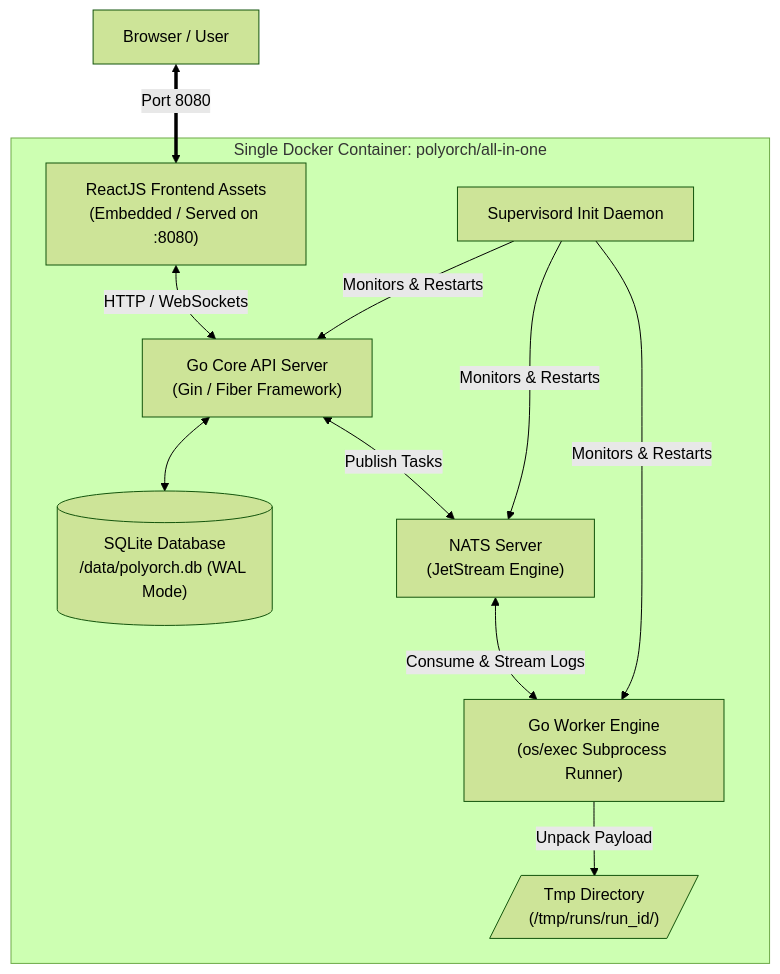
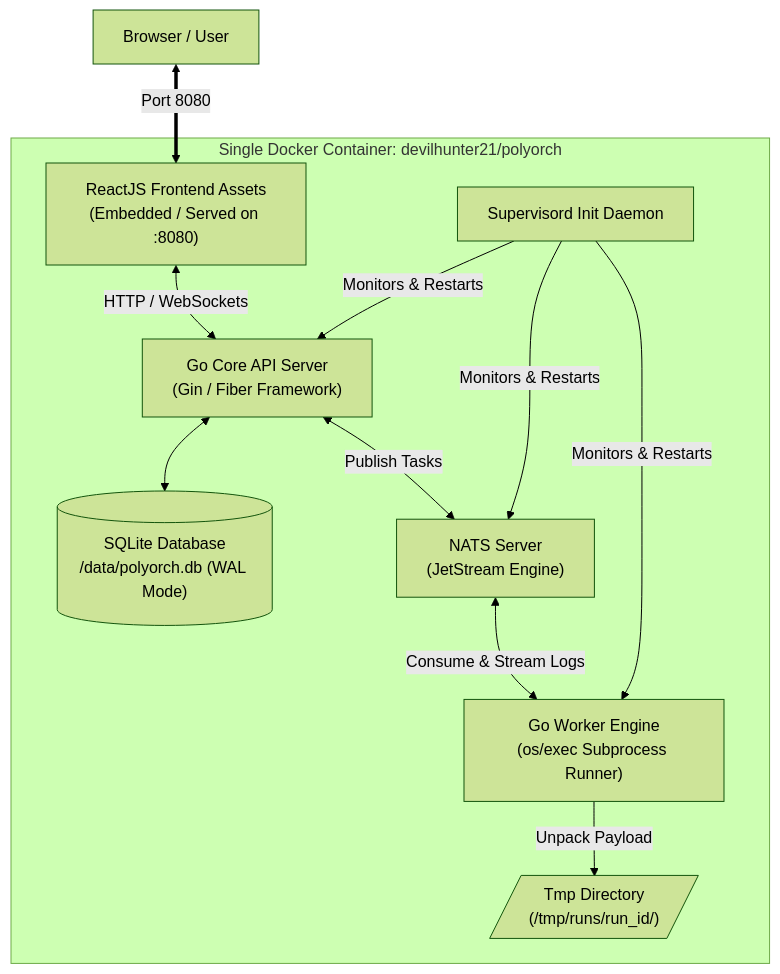
Before and after one commit to nimish-nirmal/polyorch: the first of 2 diagrams in FLOWDIAGRAM.md, drawn with Mermaid (forest theme). The commit also changed 8 other files, not shown here.

````diff
--- a/FLOWDIAGRAM.md
+++ b/FLOWDIAGRAM.md
@@ -7,19 +7,19 @@
 ```mermaid
 flowchart TD
-    subgraph Container ["Single Docker Container: polyorch/all-in-one"]
+    subgraph Container ["Single Docker Container: devilhunter21/polyorch"]
         UI["ReactJS Frontend Assets<br/>(Embedded / Served on :8080)"] <-->|HTTP / WebSockets| API["Go Core API Server<br/>(Gin / Fiber Framework)"]
         
         API <--> DB[("SQLite Database<br/>/data/polyorch.db (WAL Mode)")]
         API <-->|Publish Tasks| NATS["NATS Server<br/>(JetStream Engine)"]
         
         NATS <-->|Consume & Stream Logs| Worker["Go Worker Engine<br/>(os/exec Subprocess Runner)"]
         
         Worker -->|Unpack Payload| Temp[/"Tmp Directory<br/>(/tmp/runs/run_id/)"/]
         
         ProcessManager["Supervisord Init Daemon"] -->|Monitors & Restarts| NATS
         ProcessManager -->|Monitors & Restarts| API
         ProcessManager -->|Monitors & Restarts| Worker
     end
 
     Client["Browser / User"] <==>|Port 8080| UI
 ```
````
